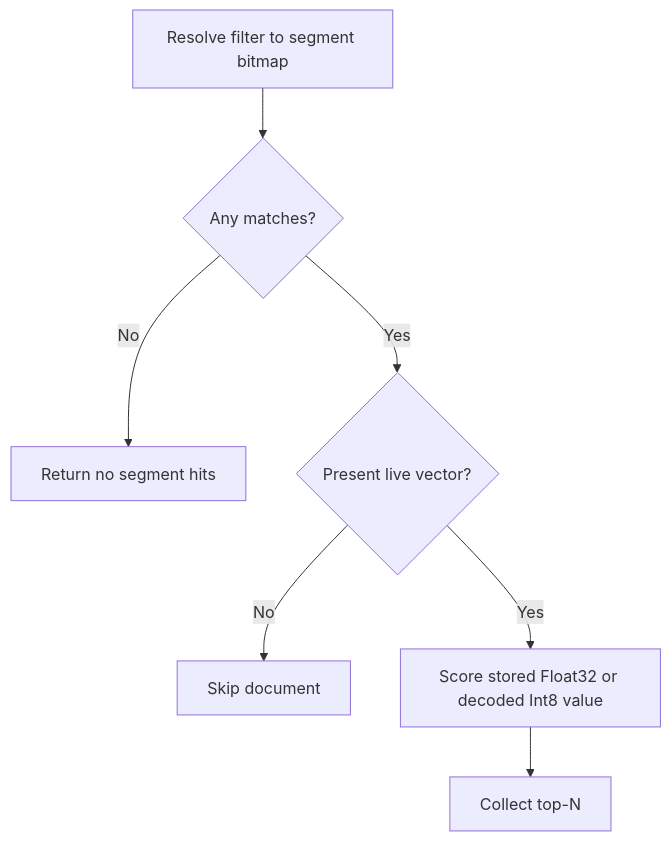
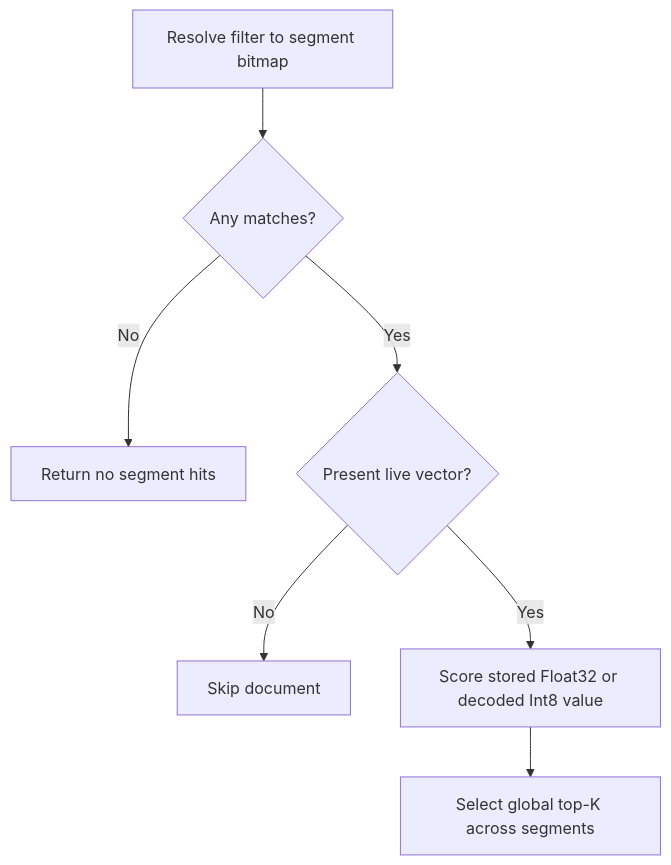
Before and after one commit to jordansrowles/LeanCorpus: the diagram in docs/content/advanced/08-filtered-vector-search.md, drawn with Mermaid. The commit also changed other lines of this file and 29 other files, not shown here.

Commit message:
Execute every nested query clause, fix Boolean and block-join minimum-should counting, enforce VectorQuery.TopK as a global cap and reject unsupported nested composition (#121).

````diff
--- a/docs/content/advanced/08-filtered-vector-search.md
+++ b/docs/content/advanced/08-filtered-vector-search.md
@@ -29,9 +29,9 @@
 ```mermaid
 flowchart TD
     F[Resolve filter to segment bitmap] --> Z{Any matches?}
     Z -->|No| E[Return no segment hits]
     Z -->|Yes| V{Present live vector?}
     V -->|No| S[Skip document]
     V -->|Yes| C[Score stored Float32 or decoded Int8 value]
-    C --> T[Collect top-N]
+    C --> T[Select global top-K across segments]
 ```
````
